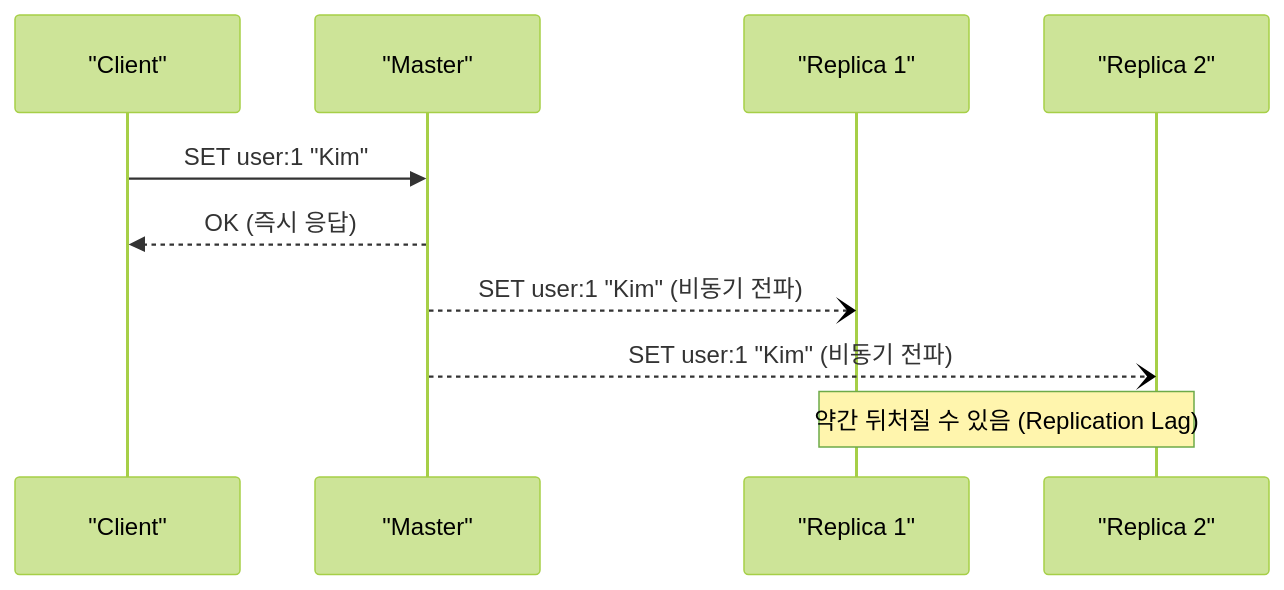
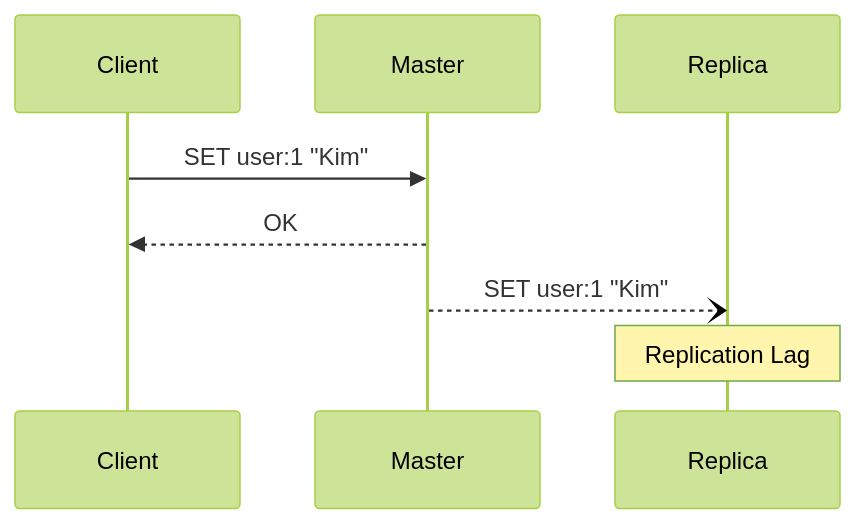
The fourth of 9 diagrams in _posts/redis/2026-05-01-redis-replication.md (yjkim2015/yjkim2015.github.io), drawn with Mermaid (forest theme) before and after one commit. The commit also changed other lines of this file and 155 other files, not shown here.

First line of the commit message:
Mermaid 전면 수정: subgraph 제거, participant/노드/줄수 축소 (342블록)

````diff
--- a/_posts/redis/2026-05-01-redis-replication.md
+++ b/_posts/redis/2026-05-01-redis-replication.md
@@ -106,12 +106,10 @@
 ```mermaid
 sequenceDiagram
-    participant C as "Client"
-    participant M as "Master"
-    participant R1 as "Replica 1"
-    participant R2 as "Replica 2"
+    participant C as Client
+    participant M as Master
+    participant R1 as Replica
     C->>M: SET user:1 "Kim"
-    M-->>C: OK (즉시 응답)
-    M--)R1: SET user:1 "Kim" (비동기 전파)
-    M--)R2: SET user:1 "Kim" (비동기 전파)
-    Note over R1,R2: 약간 뒤처질 수 있음 (Replication Lag)
+    M-->>C: OK
+    M--)R1: SET user:1 "Kim"
+    Note over R1: Replication Lag
 ```
````
